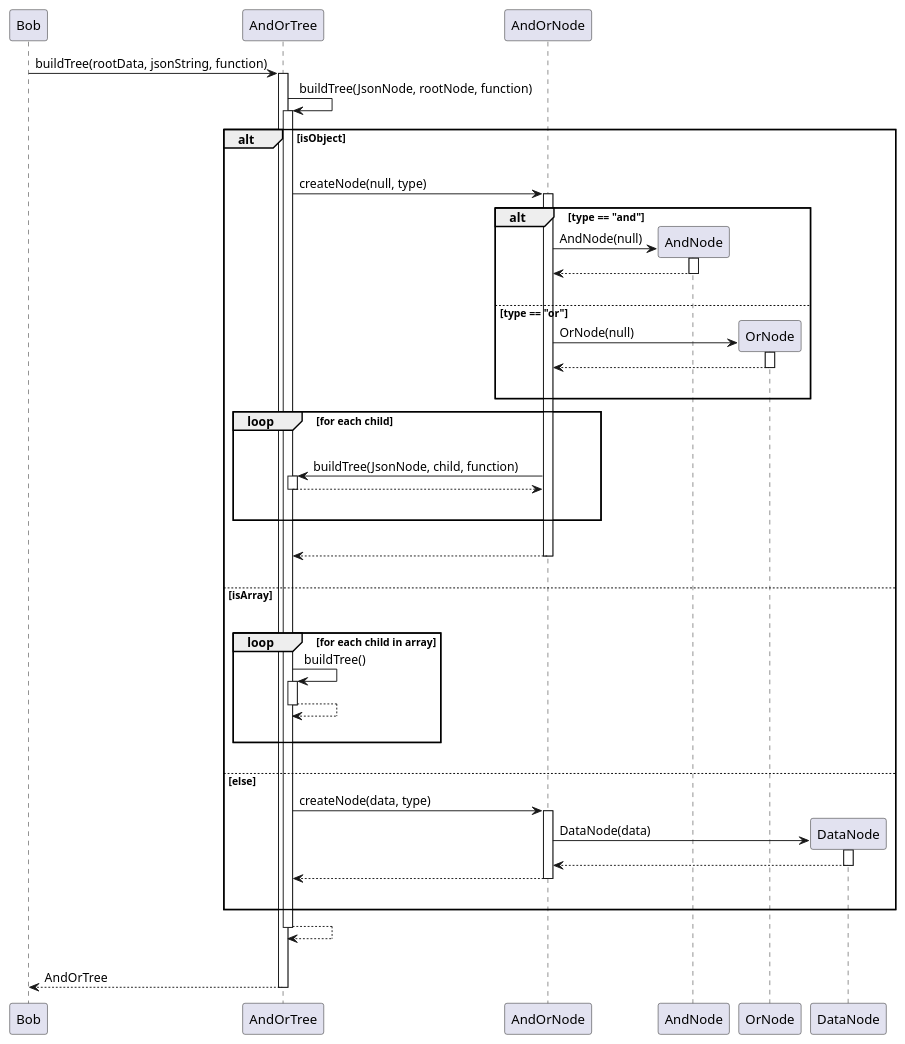
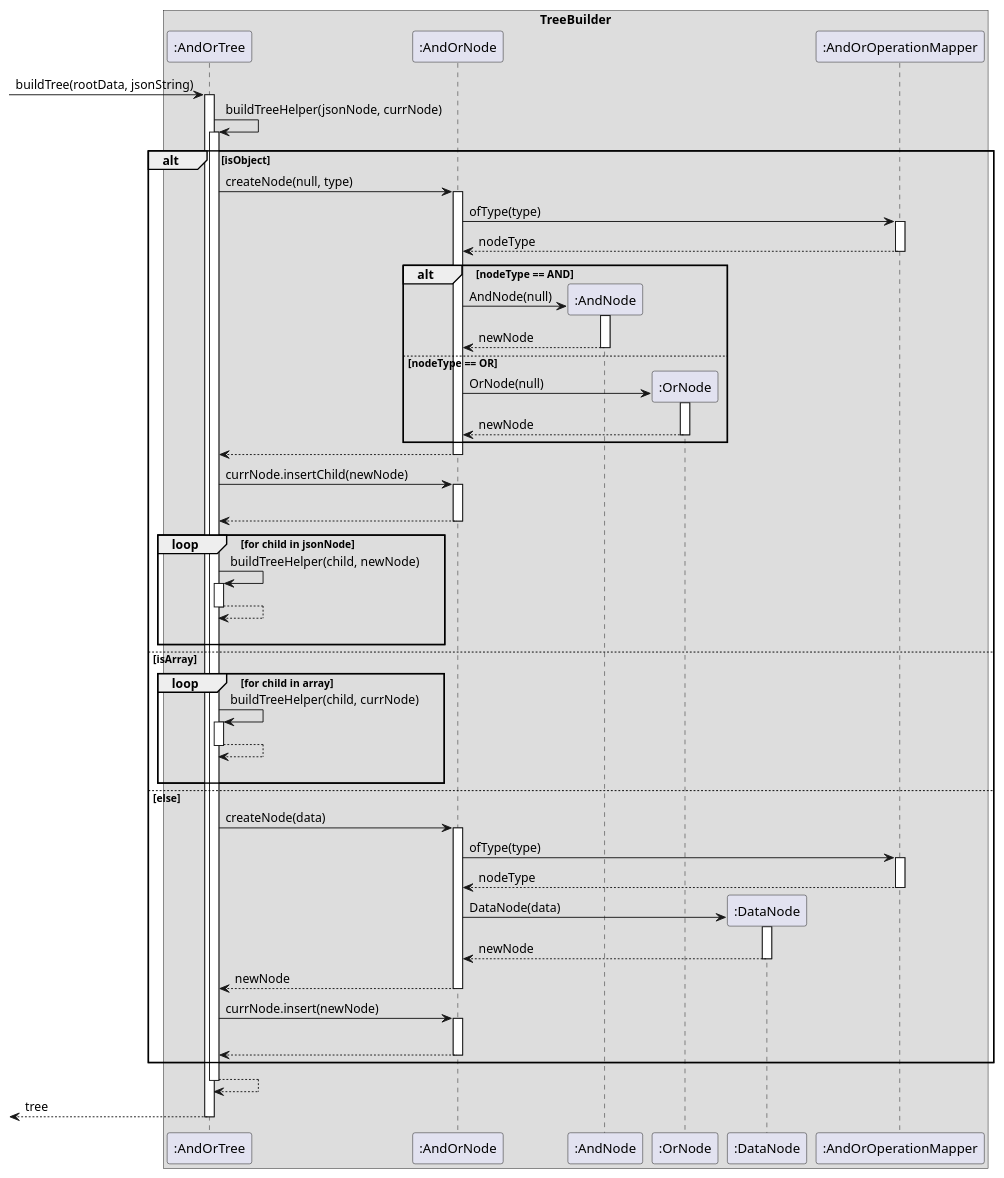
One commit to nus-cs2103-AY1920S1/addressbook-level3 changed the diagram in docs/diagrams/AndOrSequenceDiagram.puml. Above: the diagram before and after it, drawn with PlantUML. The commit also changed 1 other file, not shown here.

Commit message:
add new uml diagrams

```diff
--- a/docs/diagrams/AndOrSequenceDiagram.puml
+++ b/docs/diagrams/AndOrSequenceDiagram.puml
@@ -1,66 +1,67 @@
 @startuml
 autoactivate on
 
-Bob -> AndOrTree : buildTree(rootData, jsonString, function)
+box TreeBuilder
+participant ":AndOrTree" as AndOrTree
+participant ":AndOrNode" as AndOrNode
+participant ":AndNode" as AndNode
+participant ":OrNode" as OrNode
+participant ":DataNode" as DataNode
+participant ":AndOrOperationMapper" as AndOrOperationMapper
+end box
 
-AndOrTree -> AndOrTree : buildTree(JsonNode, rootNode, function)
+[-> AndOrTree : buildTree(rootData, jsonString)
+    AndOrTree -> AndOrTree : buildTreeHelper(jsonNode, currNode)
+        alt isObject
+            AndOrTree -> AndOrNode : createNode(null, type)
+                AndOrNode -> AndOrOperationMapper : ofType(type)
+                    return nodeType
 
+                alt nodeType == AND
+                    create AndNode
+                    AndOrNode -> AndNode : AndNode(null)
+                        return newNode
+                else nodeType == OR
+                    create OrNode
+                    AndOrNode -> OrNode : OrNode(null)
+                        return newNode
+                end
+                return
 
-alt isObject
+            AndOrTree -> AndOrNode : currNode.insertChild(newNode)
+                |||
+                return
 
-    |||
+            loop for child in jsonNode
+                AndOrTree -> AndOrTree : buildTreeHelper(child, newNode)
+                return
+                |||
+            end
 
-    AndOrTree -> AndOrNode : createNode(null, type)
+        else isArray
 
-        alt type == "and"
+            loop for child in array
+                AndOrTree -> AndOrTree : buildTreeHelper(child, currNode)
+                    return
+                |||
+            end
 
-            create AndNode
-            AndOrNode -> AndNode : AndNode(null)
-            return
-            |||
+        else else
 
-        else type == "or"
+            AndOrTree -> AndOrNode : createNode(data)
+                AndOrNode -> AndOrOperationMapper : ofType(type)
+                    return nodeType
+                create DataNode
+                AndOrNode -> DataNode : DataNode(data)
+                    return newNode
+                return newNode
 
-            create OrNode
-            AndOrNode -> OrNode : OrNode(null)
-            return
-            |||
+            AndOrTree -> AndOrNode : currNode.insert(newNode)
+                |||
+                return
 
         end
+        return
+[<--AndOrTree : tree
 
-        loop for each child
-            |||
-            AndOrNode -> AndOrTree : buildTree(JsonNode, child, function)
-            return
-            |||
-        end
-
-        |||
-        return
-        |||
-
-
-else isArray
-
-    |||
-    loop for each child in array
-        AndOrTree -> AndOrTree : buildTree()
-    return
-    |||
-    end
-    |||
-
-else else
-
-    AndOrTree -> AndOrNode : createNode(data, type)
-    create DataNode
-    AndOrNode -> DataNode : DataNode(data)
-    return
-    return
-    |||
-
-end
-return
-|||
-return AndOrTree
 @enduml
```
